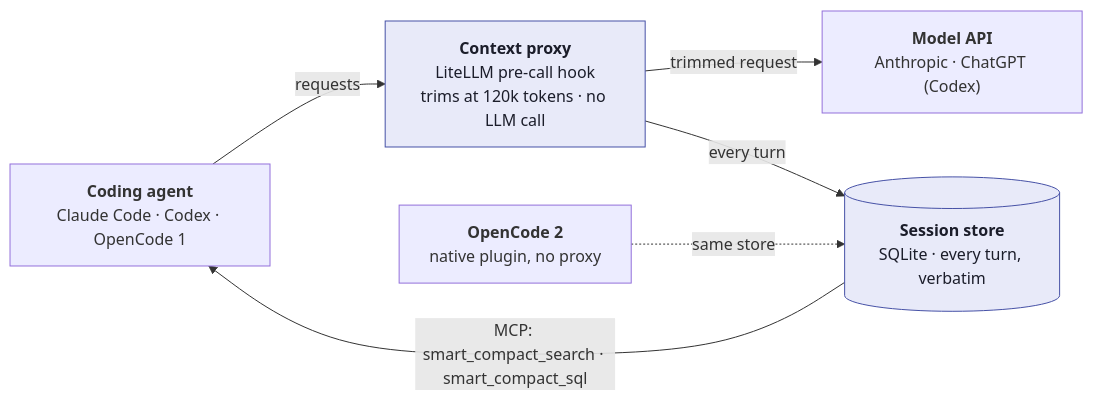
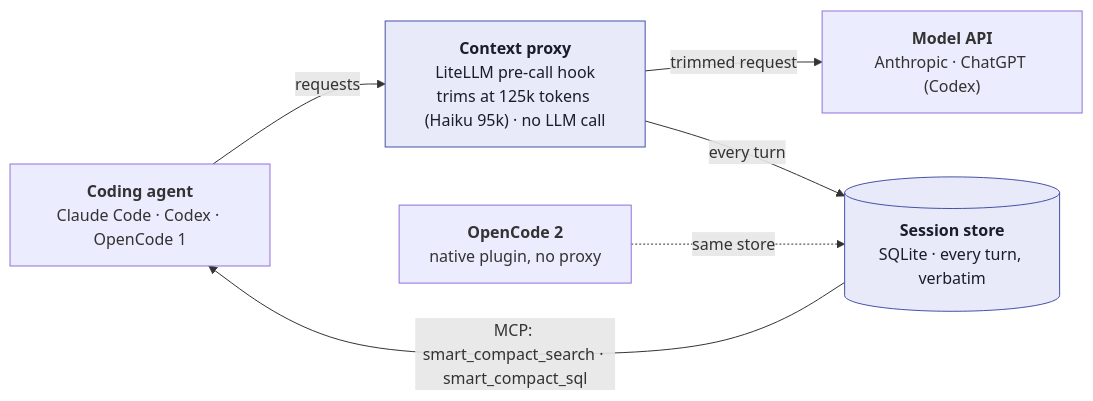
One commit to bcmyguest/openmem changed the second of 2 diagrams in README.md. Above: the diagram before and after it, drawn with Mermaid. The commit also changed other lines of this file and 8 other files, not shown here.

Commit message:
feat(context): default trim at 125k tokens; Haiku stays at 95k

````diff
--- a/README.md
+++ b/README.md
@@ -92,10 +92,10 @@
 ```mermaid
 flowchart LR
-  A["<b>Coding agent</b><br/>Claude Code · Codex · OpenCode 1"] -->|requests| X["<b>Context proxy</b><br/>LiteLLM pre-call hook<br/>trims at 120k tokens · no LLM call"]
+  A["<b>Coding agent</b><br/>Claude Code · Codex · OpenCode 1"] -->|requests| X["<b>Context proxy</b><br/>LiteLLM pre-call hook<br/>trims at 125k tokens (Haiku 95k) · no LLM call"]
   X -->|trimmed request| API["<b>Model API</b><br/>Anthropic · ChatGPT (Codex)"]
   X -->|every turn| S[("<b>Session store</b><br/>SQLite · every turn, verbatim")]
   S -->|"MCP: smart_compact_search · smart_compact_sql"| A
   O["<b>OpenCode 2</b><br/>native plugin, no proxy"] -.->|same store| S
   classDef om fill:#e8eaf9,stroke:#4651a6,color:#1b1d2a
   class X,S om
 ```
````
